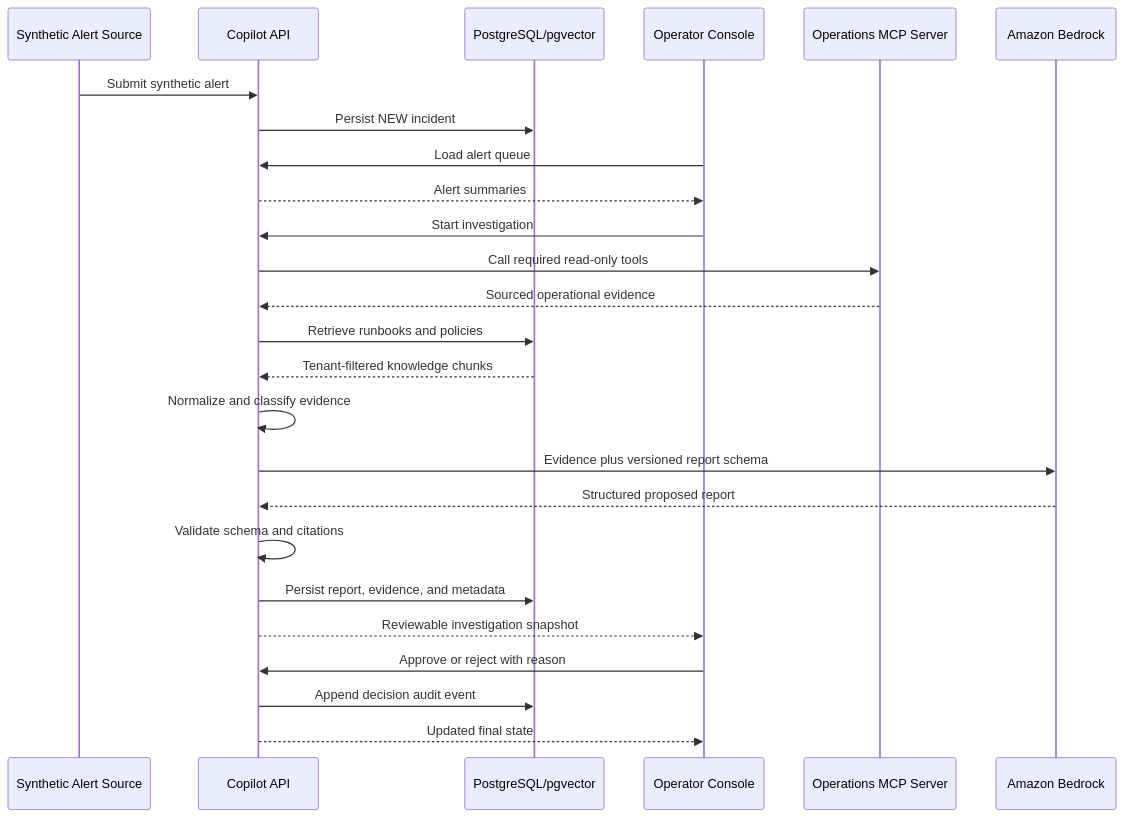
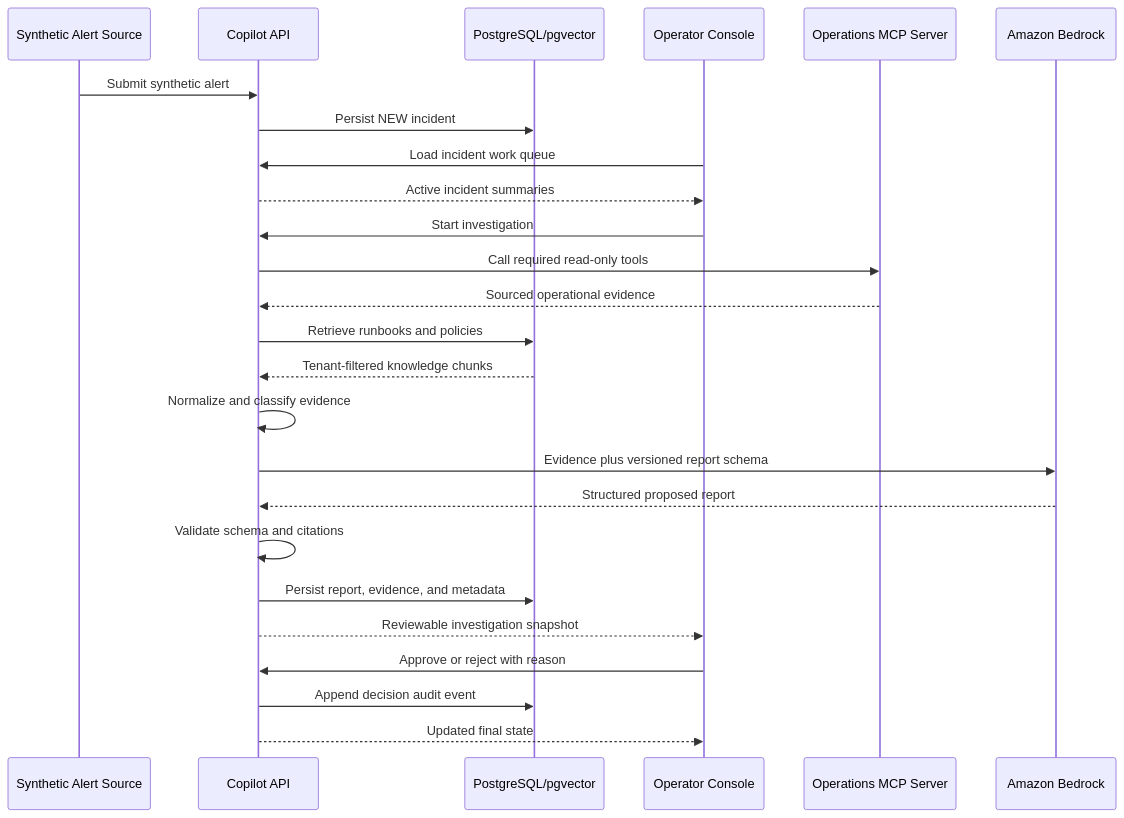
Before and after one commit to cguzowski/payment-incident-copilot: the diagram in docs/agent/ARCHITECTURE.md, drawn with Mermaid. The commit also changed other lines of this file and 62 other files, not shown here.

Commit message:
alert que -> work queue & UI polishes

````diff
--- a/docs/agent/ARCHITECTURE.md
+++ b/docs/agent/ARCHITECTURE.md
@@ -18,28 +18,28 @@
 ```mermaid
 sequenceDiagram
     participant S as Synthetic Alert Source
     participant A as Copilot API
     participant D as PostgreSQL/pgvector
     participant U as Operator Console
     participant M as Operations MCP Server
     participant B as Amazon Bedrock
 
     S->>A: Submit synthetic alert
     A->>D: Persist NEW incident
-    U->>A: Load alert queue
-    A-->>U: Alert summaries
+    U->>A: Load incident work queue
+    A-->>U: Active incident summaries
     U->>A: Start investigation
     A->>M: Call required read-only tools
     M-->>A: Sourced operational evidence
     A->>D: Retrieve runbooks and policies
     D-->>A: Tenant-filtered knowledge chunks
     A->>A: Normalize and classify evidence
     A->>B: Evidence plus versioned report schema
     B-->>A: Structured proposed report
     A->>A: Validate schema and citations
     A->>D: Persist report, evidence, and metadata
     A-->>U: Reviewable investigation snapshot
     U->>A: Approve or reject with reason
     A->>D: Append decision audit event
     A-->>U: Updated final state
 ```
````
